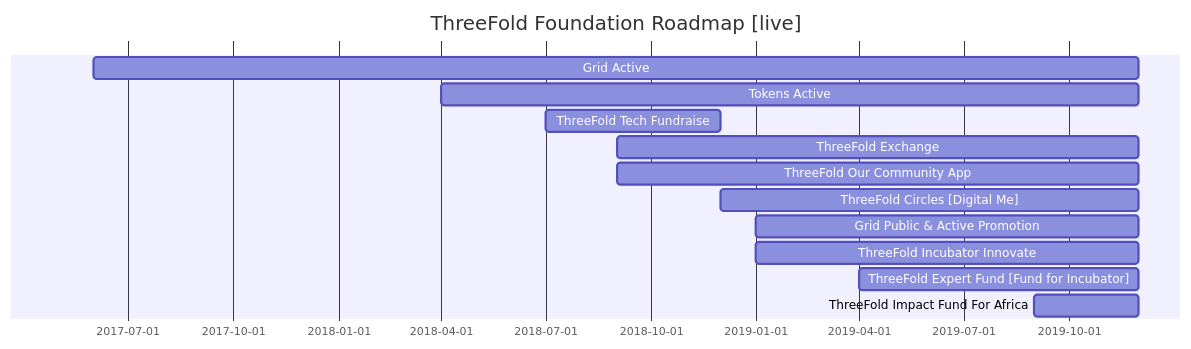
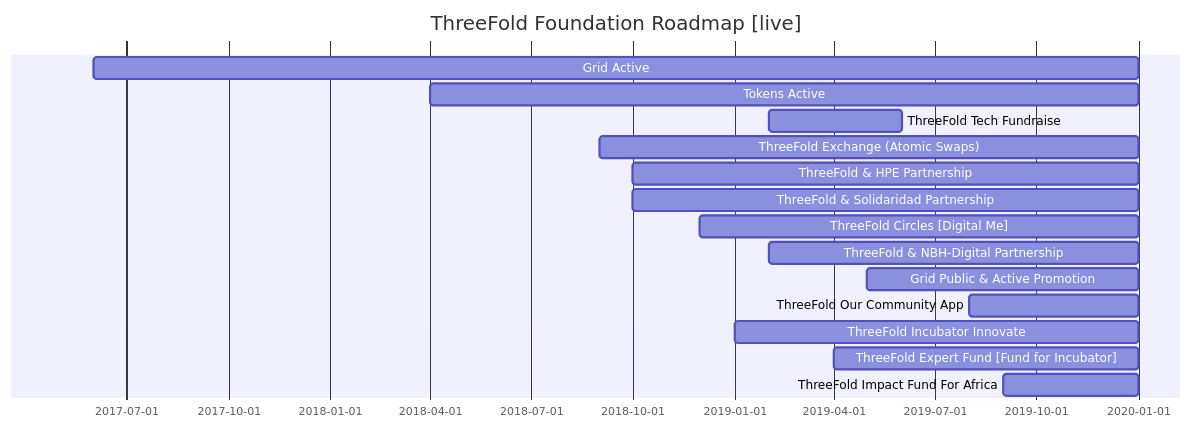
Before and after one commit to xmonader/info_foundation: the first of 4 diagrams in docs/strategy/roadmap.md, drawn with Mermaid. The commit also changed other lines of this file and 1 other file, not shown here.

Commit message:
added exchange to archive and updated roadmap

````diff
--- a/docs/strategy/roadmap.md
+++ b/docs/strategy/roadmap.md
@@ -8,15 +8,18 @@
 ```mermaid
 gantt
     title ThreeFold Foundation Roadmap [live]
     dateFormat  YY-MM
-    Grid Active                :17-06, 19-12
-    Tokens Active              :18-04, 19-12
-    ThreeFold Tech Fundraise   :18-07, 18-12
-    ThreeFold Exchange         :18-09, 19-12    
-    ThreeFold Our Community App            :18-09, 19-12
-    ThreeFold Circles [Digital Me]         :18-12, 19-12    
-    Grid Public & Active Promotion     :19-01, 19-12
-    ThreeFold Incubator Innovate :19-01, 19-12
-    ThreeFold Expert Fund [Fund for Incubator] :19-04, 19-12
-    ThreeFold Impact Fund For Africa: 19-09, 19-12
+    Grid Active                :17-06, 20-01
+    Tokens Active              :18-04, 20-01
+    ThreeFold Tech Fundraise   :19-02, 19-06
+    ThreeFold Exchange (Atomic Swaps)         :18-09, 20-01  
+    ThreeFold & HPE Partnership :18-10, 20-01
+    ThreeFold & Solidaridad Partnership :18-10, 20-01    
+    ThreeFold Circles [Digital Me]         :18-12, 20-01
+    ThreeFold & NBH-Digital Partnership :19-02, 20-01     
+    Grid Public & Active Promotion     :19-05, 20-01
+    ThreeFold Our Community App: 19-08, 20-01
+    ThreeFold Incubator Innovate :19-01, 20-01
+    ThreeFold Expert Fund [Fund for Incubator] :19-04, 20-01
+    ThreeFold Impact Fund For Africa: 19-09, 20-01
 ```
````
